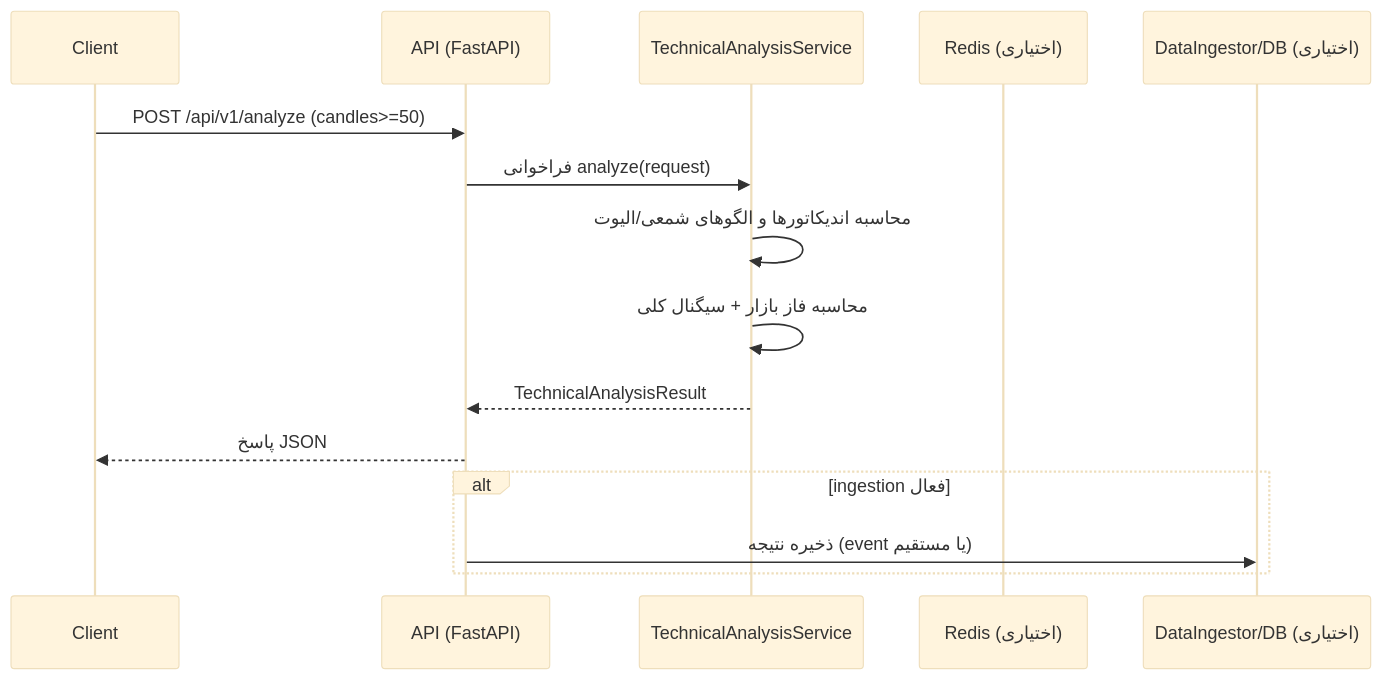
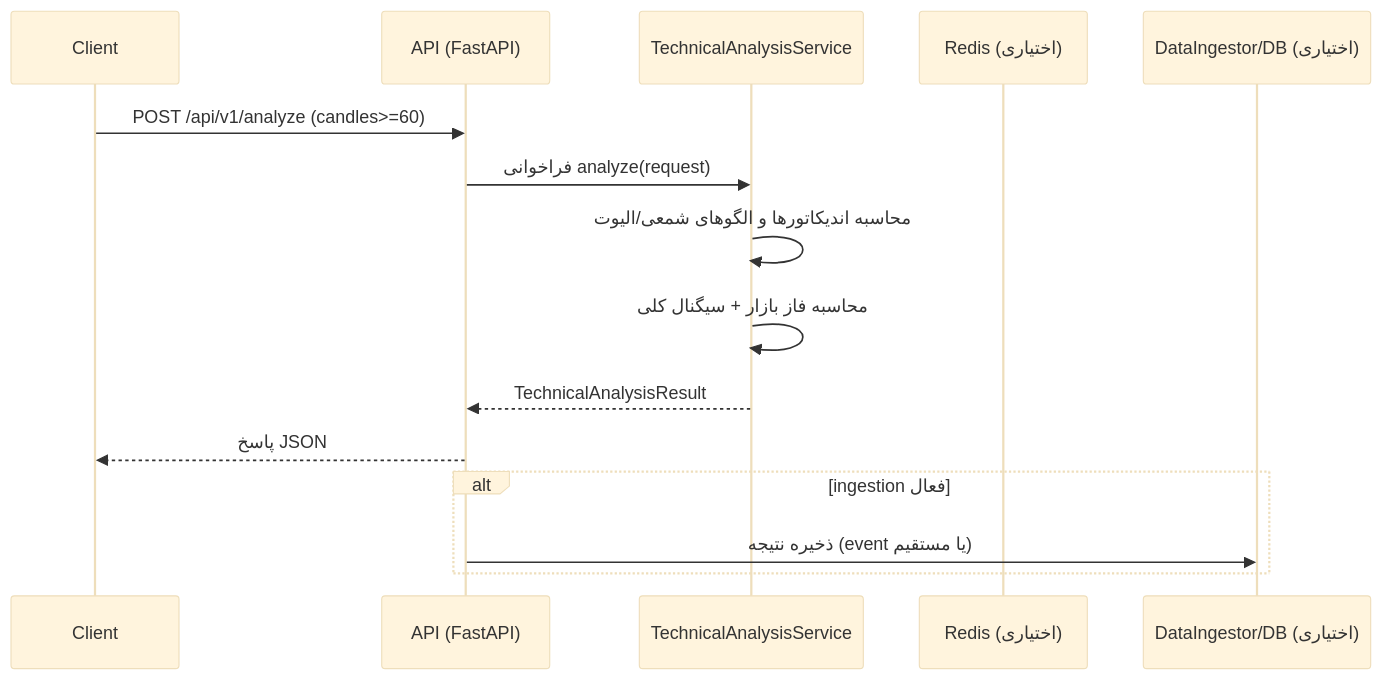
The second of 2 diagrams in docs/architecture/SYSTEM_ARCHITECTURE_DIAGRAMS.md (Shakour-Data/Gravity_TechnicalAnalysis), drawn with Mermaid (base theme) before and after one commit. The commit also changed other lines of this file and 7 other files, not shown here.

````diff
--- a/docs/architecture/SYSTEM_ARCHITECTURE_DIAGRAMS.md
+++ b/docs/architecture/SYSTEM_ARCHITECTURE_DIAGRAMS.md
@@ -47,18 +47,18 @@
 ```mermaid
 sequenceDiagram
     participant C as Client
     participant A as API (FastAPI)
     participant S as TechnicalAnalysisService
     participant R as Redis (اختیاری)
     participant D as DataIngestor/DB (اختیاری)
 
-    C->>A: POST /api/v1/analyze (candles>=50)
+    C->>A: POST /api/v1/analyze (candles>=60)
     A->>S: فراخوانی analyze(request)
     S->>S: محاسبه اندیکاتورها و الگوهای شمعی/الیوت
     S->>S: محاسبه فاز بازار + سیگنال کلی
     S-->>A: TechnicalAnalysisResult
     A-->>C: پاسخ JSON
     alt ingestion فعال
         A->>D: ذخیره نتیجه (event یا مستقیم)
     end
 ```
````
